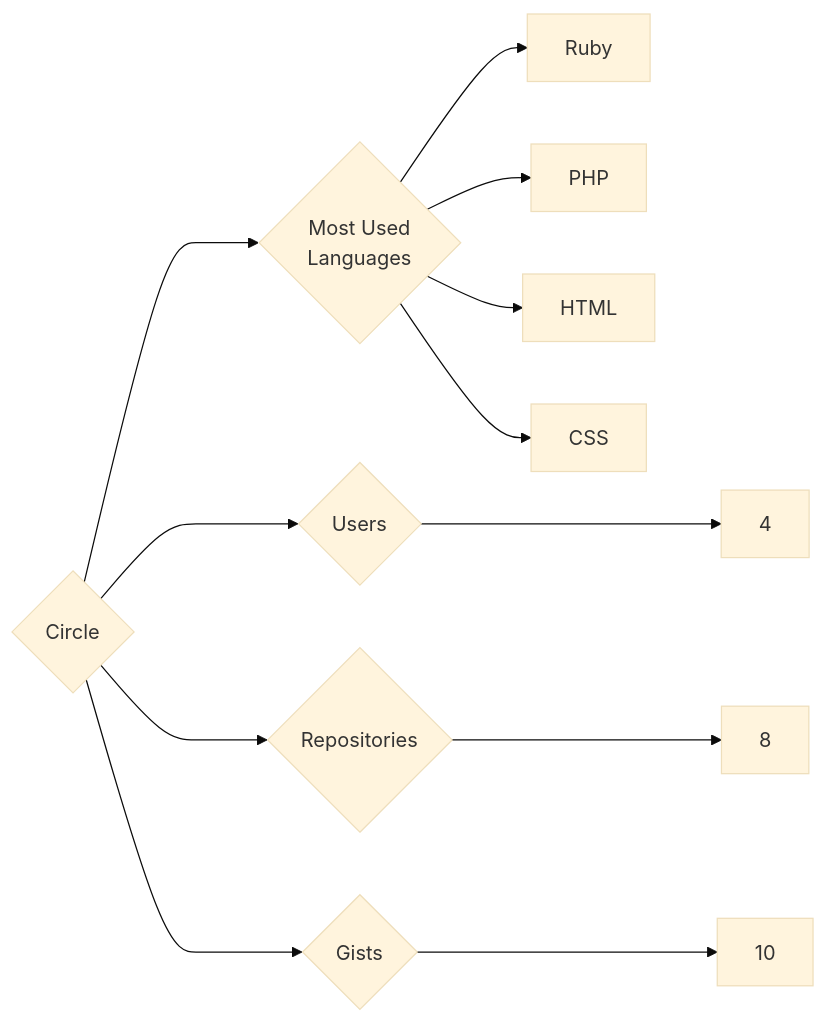
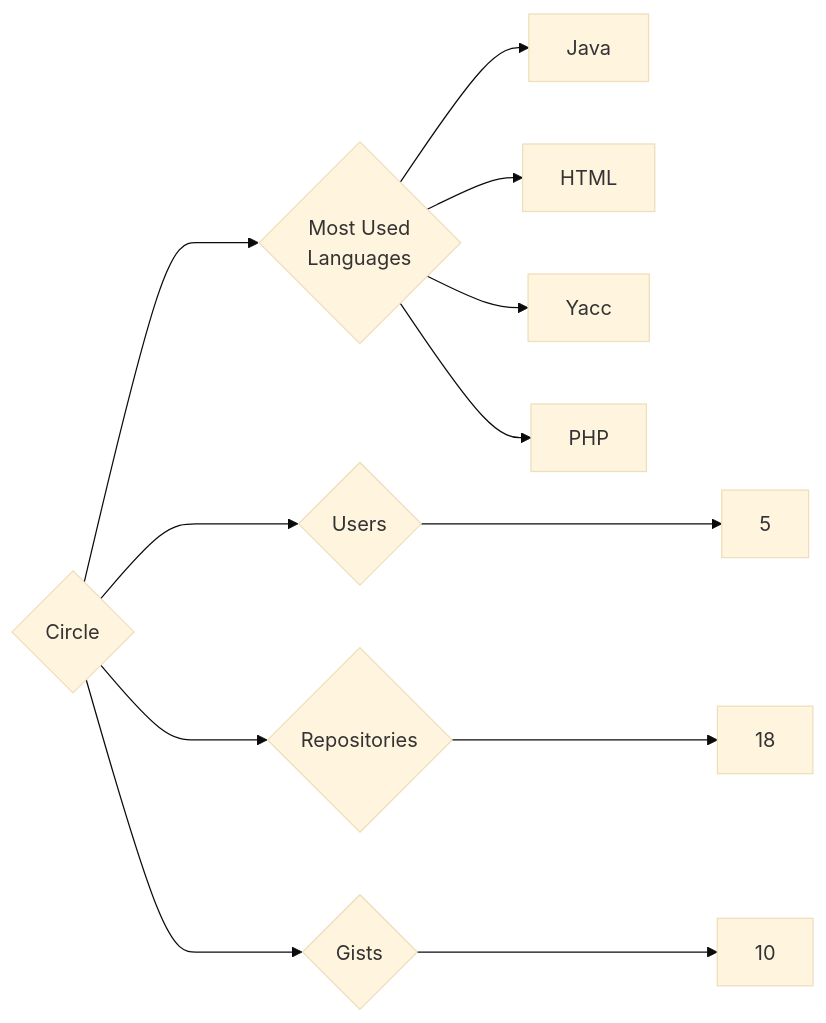
The diagram in targets/Circle/README.md (trickest/insiders), drawn with Mermaid (base theme) before and after one commit. The commit also changed 1175 other files, not shown here.

````diff
--- a/targets/Circle/README.md
+++ b/targets/Circle/README.md
@@ -3,12 +3,12 @@
 ```mermaid
 graph LR
 COMPANY_NAME{Circle}
-COMPANY_NAME ---> U{Users} ---> UN[4]
-COMPANY_NAME ---> R{Repositories} ---> RN[8]
+COMPANY_NAME ---> U{Users} ---> UN[5]
+COMPANY_NAME ---> R{Repositories} ---> RN[18]
 COMPANY_NAME ---> G{Gists} ---> GN[10]
 COMPANY_NAME ---> ML{Most Used<br>Languages}
-ML --> Ruby[Ruby]
+ML --> Java[Java]
+ML --> HTML[HTML]
+ML --> Yacc[Yacc]
 ML --> PHP[PHP]
-ML --> HTML[HTML]
-ML --> CSS[CSS]
 ```
````
